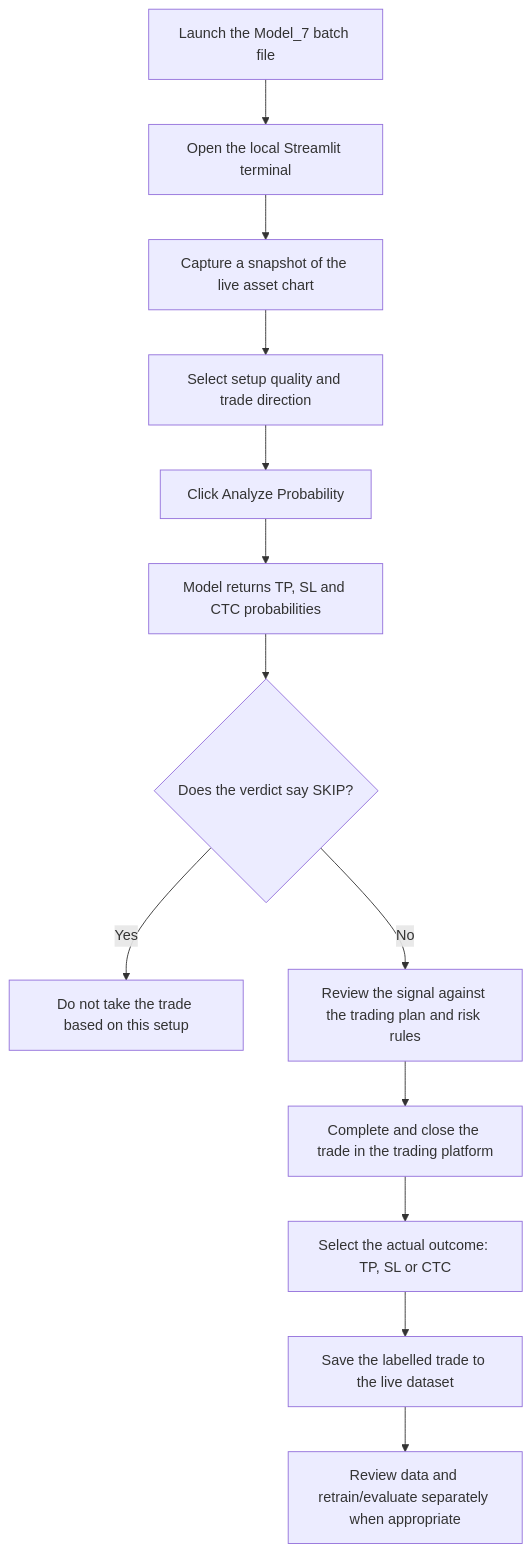
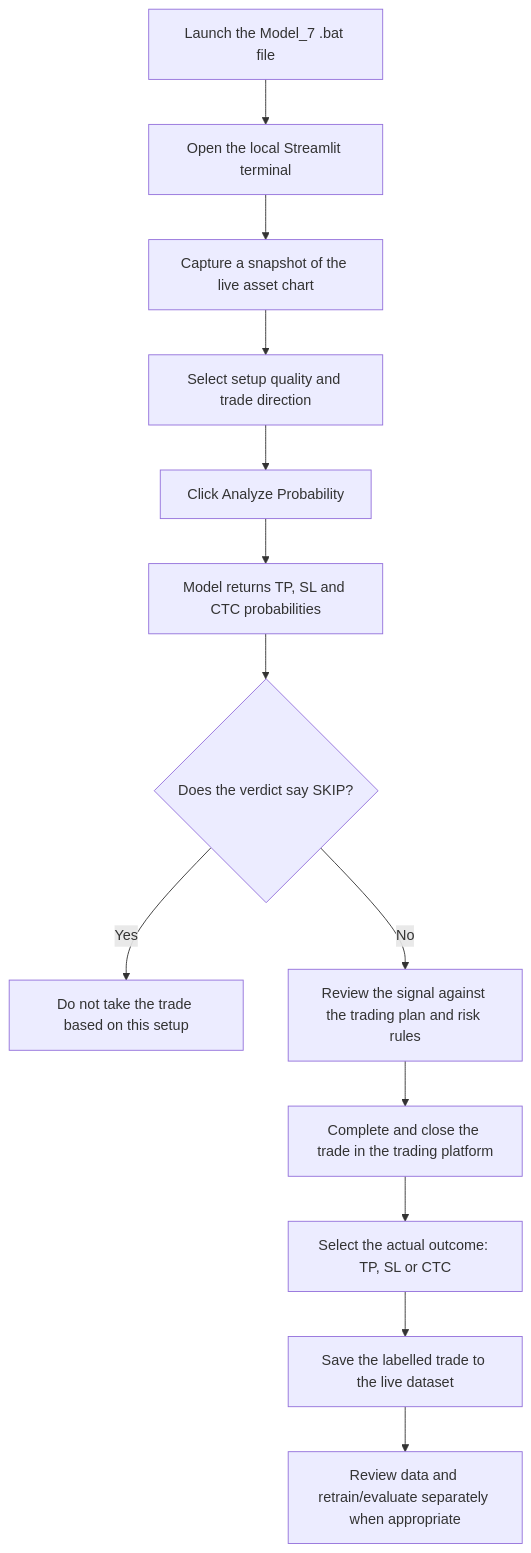
One commit to Boby123design/Decision-Engine-Liquidity-based changed the diagram in working.md. Above: the diagram before and after it, drawn with Mermaid. The commit also changed 2 other files, not shown here.

Commit message:
batch file name is correct to .bat file

````diff
--- a/working.md
+++ b/working.md
@@ -24,15 +24,15 @@
 ```mermaid
 flowchart TD
-    A[Launch the Model_7 batch file] --> B[Open the local Streamlit terminal]
+    A[Launch the Model_7 .bat file] --> B[Open the local Streamlit terminal]
     B --> C[Capture a snapshot of the live asset chart]
     C --> D[Select setup quality and trade direction]
     D --> E[Click Analyze Probability]
     E --> F[Model returns TP, SL and CTC probabilities]
     F --> G{Does the verdict say SKIP?}
     G -- Yes --> H[Do not take the trade based on this setup]
     G -- No --> I[Review the signal against the trading plan and risk rules]
     I --> J[Complete and close the trade in the trading platform]
     J --> K[Select the actual outcome: TP, SL or CTC]
     K --> L[Save the labelled trade to the live dataset]
     L --> M[Review data and retrain/evaluate separately when appropriate]
 ```
````
